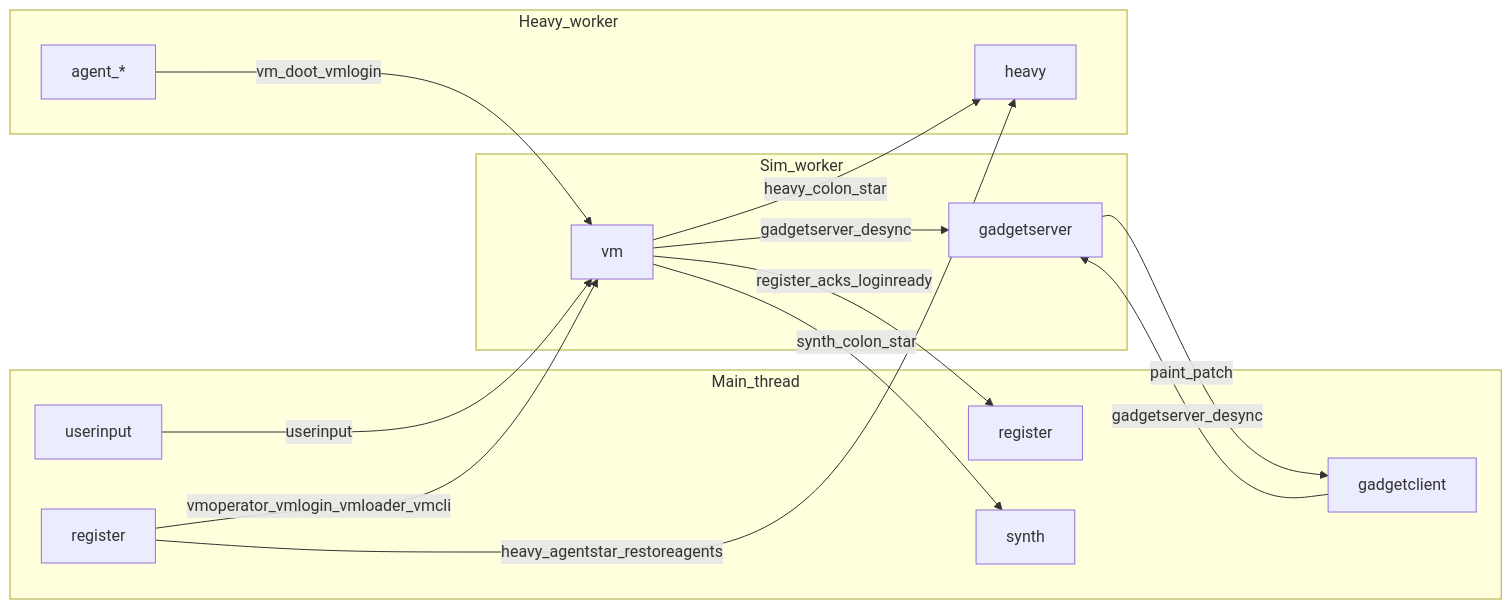
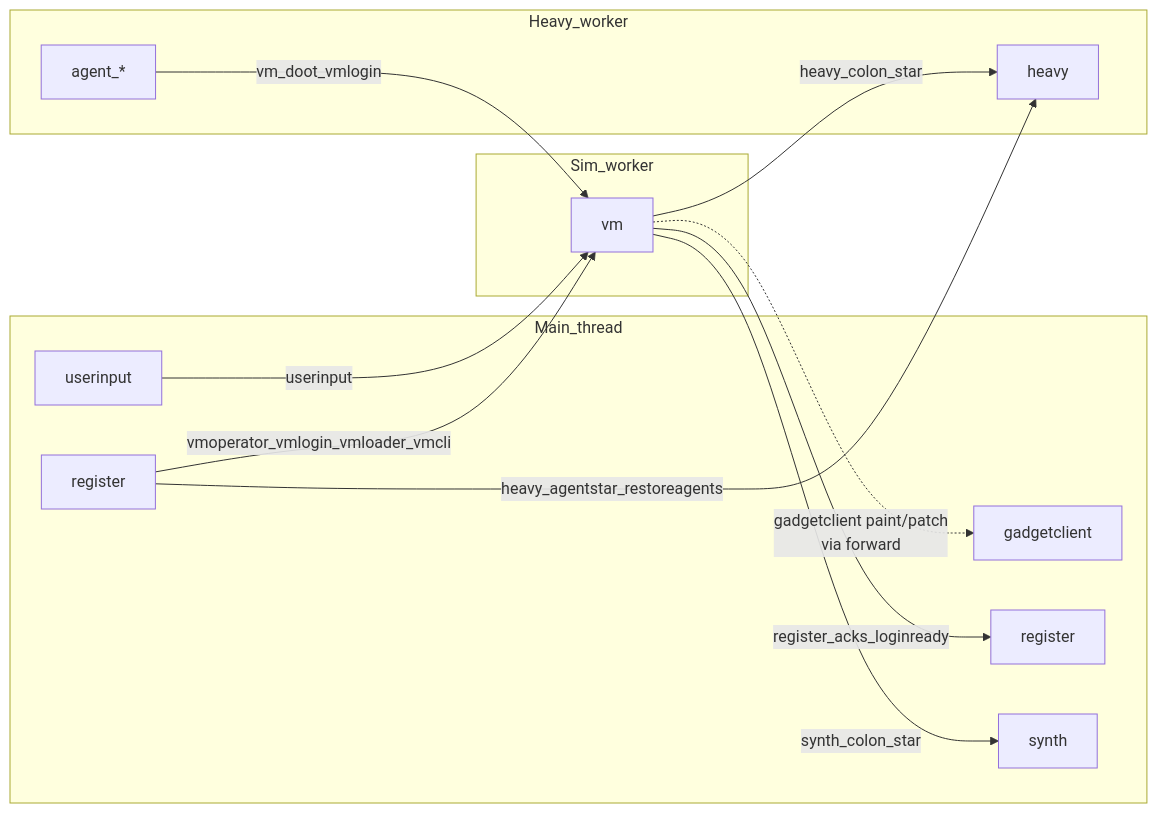
One commit to goldbuick/zed-software-system changed the third of 4 diagrams in zss/device/docs/devices-and-messaging.md. Above: the diagram before and after it, drawn with Mermaid. The commit also changed other lines of this file and 55 other files, not shown here.

````diff
--- a/zss/device/docs/devices-and-messaging.md
+++ b/zss/device/docs/devices-and-messaging.md
@@ -169,28 +171,25 @@
 ```mermaid
 flowchart LR
   subgraph Main_thread [Main_thread]
     UI[userinput]
     RegIn[register]
     GC[gadgetclient]
     RegOut[register]
     Sy[synth]
   end
   subgraph Sim_worker [Sim_worker]
     VM[vm]
-    GS[gadgetserver]
   end
   subgraph Heavy_worker [Heavy_worker]
     Hy[heavy]
     Ag[agent_*]
   end
   UI -->|userinput| VM
   RegIn -->|vmoperator_vmlogin_vmloader_vmcli| VM
   VM -->|register_acks_loginready| RegOut
-  VM -->|gadgetserver_desync| GS
-  GS -->|paint_patch| GC
-  GC -->|gadgetserver_desync| GS
+  VM -.->|gadgetclient paint/patch<br/>via forward| GC
   VM -->|heavy_colon_star| Hy
   VM -->|synth_colon_star| Sy
   RegIn -->|heavy_agentstar_restoreagents| Hy
   Ag -->|vm_doot_vmlogin| VM
 ```
````
